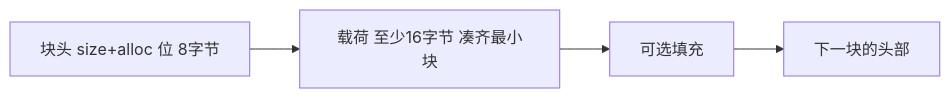
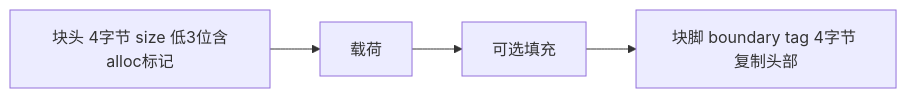
Before and after one commit to coswit/coswit.github.io: the third of 3 diagrams in CSAPP/09-虚拟内存.md, drawn with Mermaid. The commit also changed other lines of this file and 17 other files, not shown here.

````diff
--- a/CSAPP/09-虚拟内存.md
+++ b/CSAPP/09-虚拟内存.md
@@ -150,6 +202,6 @@
 ```mermaid
 graph LR
-    A[块头 size+alloc 位 8字节] --> B[载荷 至少16字节 凑齐最小块]
+    A[块头 4字节 size 低3位含alloc标记] --> B[载荷]
     B --> C[可选填充]
-    C --> D[下一块的头部]
+    C --> D[块脚 boundary tag 4字节 复制头部]
 ```
````
